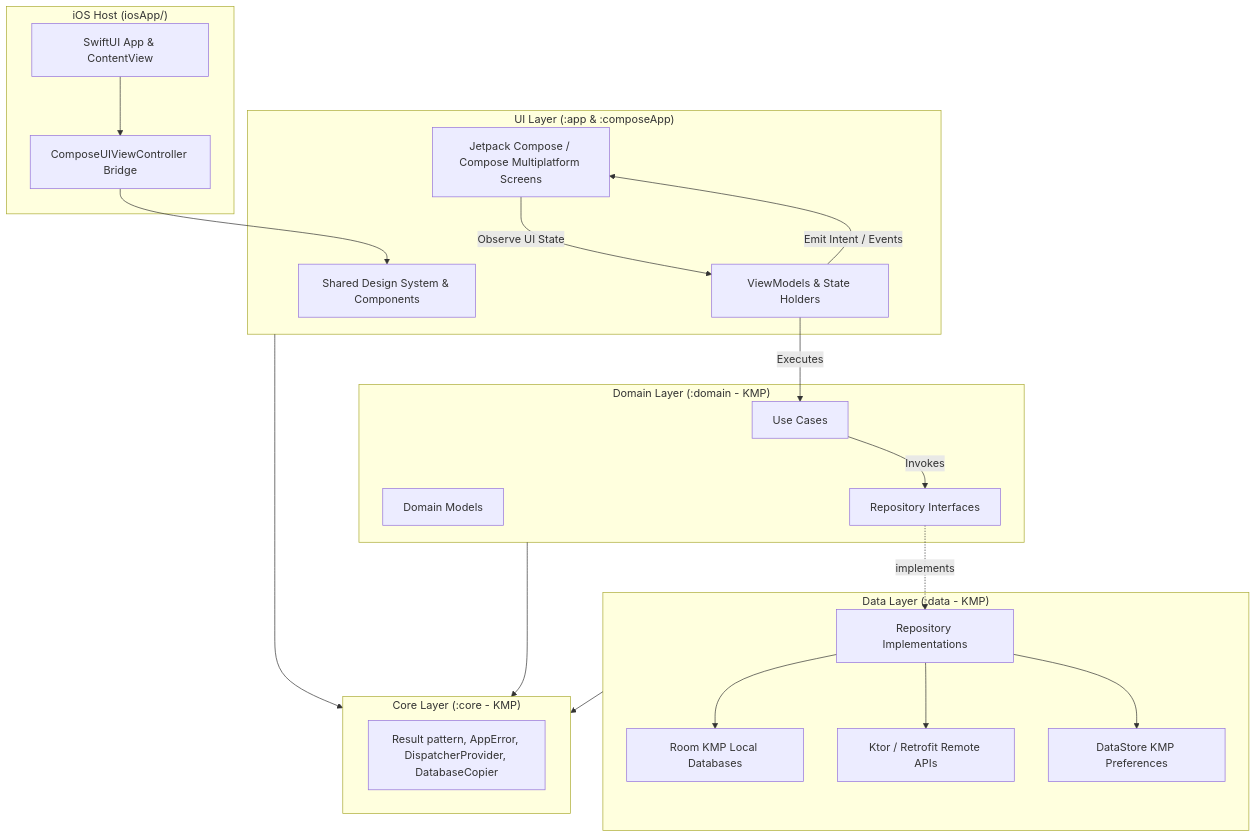
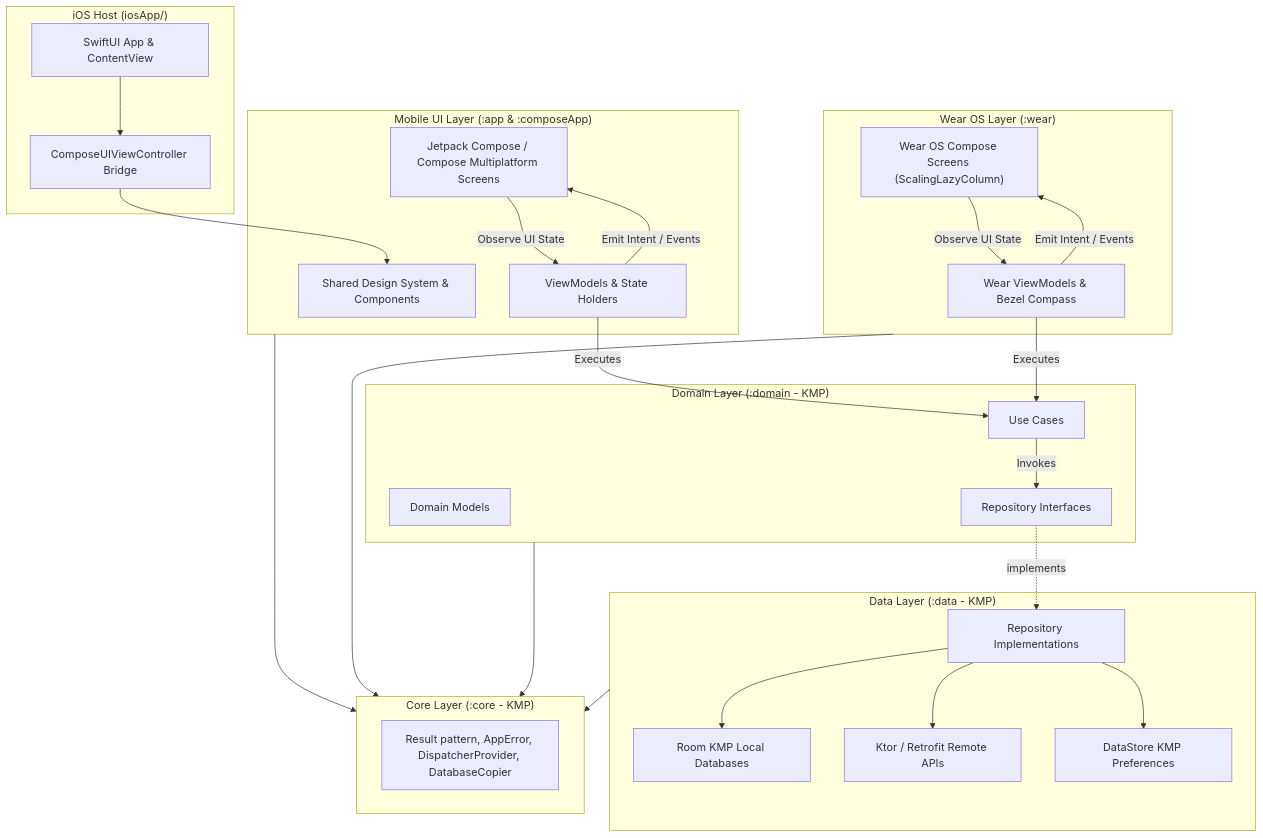
Before and after one commit to suryamudti/rafiq-android: the diagram in README.md, drawn with Mermaid. The commit also changed other lines of this file and 55 other files, not shown here.

Commit message:
feat(wear): add Wear OS standalone companion app with Prayer Times, Quran Reader, and Qibla Compass

````diff
--- a/README.md
+++ b/README.md
@@ -125,45 +129,54 @@
 ```mermaid
 graph TD
-    subgraph UI ["UI Layer (:app & :composeApp)"]
+    subgraph UI ["Mobile UI Layer (:app & :composeApp)"]
         UI_Screen["Jetpack Compose / Compose Multiplatform Screens"]
         UI_VM["ViewModels & State Holders"]
         UI_Shared["Shared Design System & Components"]
         UI_Screen -->|"Observe UI State"| UI_VM
         UI_VM -->|"Emit Intent / Events"| UI_Screen
+    end
+
+    subgraph Wear ["Wear OS Layer (:wear)"]
+        Wear_Screen["Wear OS Compose Screens (ScalingLazyColumn)"]
+        Wear_VM["Wear ViewModels & Bezel Compass"]
+        Wear_Screen -->|"Observe UI State"| Wear_VM
+        Wear_VM -->|"Emit Intent / Events"| Wear_Screen
     end
 
     subgraph iOS ["iOS Host (iosApp/)"]
         IOS_App["SwiftUI App & ContentView"]
         IOS_VC["ComposeUIViewController Bridge"]
         IOS_App --> IOS_VC
         IOS_VC --> UI_Shared
     end
 
     subgraph Domain ["Domain Layer (:domain - KMP)"]
         Domain_UC["Use Cases"]
         Domain_Model["Domain Models"]
         Domain_Repo["Repository Interfaces"]
         UI_VM -->|"Executes"| Domain_UC
+        Wear_VM -->|"Executes"| Domain_UC
         Domain_UC -->|"Invokes"| Domain_Repo
     end
 
     subgraph Data ["Data Layer (:data - KMP)"]
         Data_RepoImpl["Repository Implementations"]
         Data_Room["Room KMP Local Databases"]
         Data_Network["Ktor / Retrofit Remote APIs"]
         Data_Store["DataStore KMP Preferences"]
 
         Domain_Repo -.->|"implements"| Data_RepoImpl
         Data_RepoImpl --> Data_Room
         Data_RepoImpl --> Data_Network
         Data_RepoImpl --> Data_Store
     end
 
     subgraph Core ["Core Layer (:core - KMP)"]
         Core_Utils["Result pattern, AppError, DispatcherProvider, DatabaseCopier"]
     end
 
     UI --> Core
+    Wear --> Core
     Domain --> Core
     Data --> Core
 ```
````
